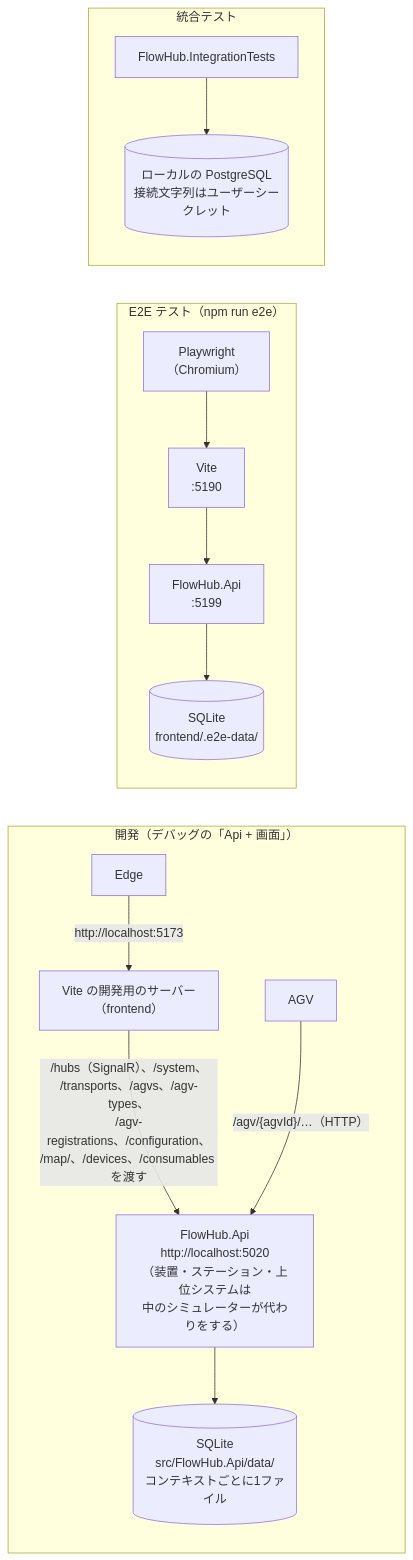
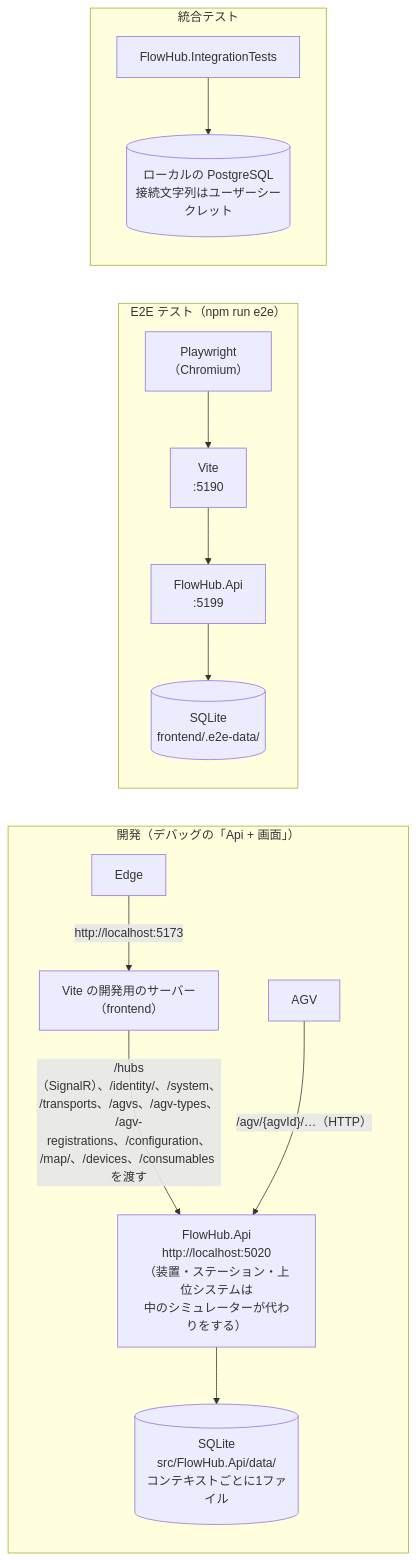
The diagram in docs/development.md (kkobaoh/flow-hub), drawn with Mermaid before and after one commit. The commit also changed other lines of this file and 55 other files, not shown here.

````diff
--- a/docs/development.md
+++ b/docs/development.md
@@ -50,15 +50,15 @@
 ```mermaid
 flowchart LR
     subgraph dev["開発（デバッグの「Api + 画面」）"]
         Edge["Edge"] -->|"http://localhost:5173"| Vite["Vite の開発用のサーバー<br/>（frontend）"]
-        Vite -->|"/hubs（SignalR）、/system、<br/>/transports、/agvs、/agv-types、<br/>/agv-registrations、/configuration、<br/>/map/、/devices、/consumables を渡す"| Api["FlowHub.Api<br/>http://localhost:5020<br/>（装置・ステーション・上位システムは<br/>中のシミュレーターが代わりをする）"]
+        Vite -->|"/hubs（SignalR）、/identity/、/system、<br/>/transports、/agvs、/agv-types、<br/>/agv-registrations、/configuration、<br/>/map/、/devices、/consumables を渡す"| Api["FlowHub.Api<br/>http://localhost:5020<br/>（装置・ステーション・上位システムは<br/>中のシミュレーターが代わりをする）"]
         AGV["AGV"] -->|"/agv/{agvId}/…（HTTP）"| Api
         Api --> Sqlite[("SQLite<br/>src/FlowHub.Api/data/<br/>コンテキストごとに1ファイル")]
     end
     subgraph e2e["E2E テスト（npm run e2e）"]
         Chromium["Playwright<br/>（Chromium）"] --> ViteE2E["Vite<br/>:5190"] --> ApiE2E["FlowHub.Api<br/>:5199"] --> SqliteE2E[("SQLite<br/>frontend/.e2e-data/")]
     end
     subgraph it["統合テスト"]
         IntegrationTests["FlowHub.IntegrationTests"] --> Postgres[("ローカルの PostgreSQL<br/>接続文字列はユーザーシークレット")]
     end
 ```
````
